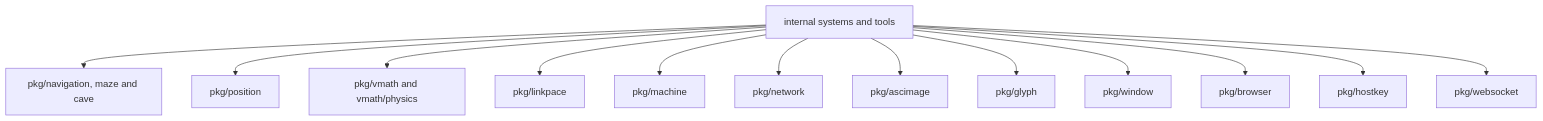
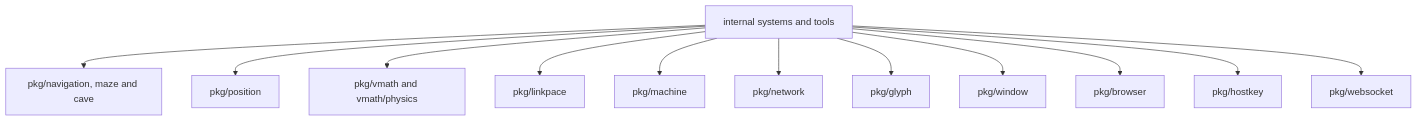
Before and after one commit to lixenwraith/vif: the fourth of 4 diagrams in doc/package-map.md, drawn with Mermaid. The commit also changed other lines of this file and 52 other files, not shown here.

First line of the commit message:
ascimage: the module github.com/lixenwraith/ascimage in pkg/ascimage, .aimg and .aimgz, a subcommand CLI and a browsing TUI (#1033)

````diff
--- a/doc/package-map.md
+++ b/doc/package-map.md
@@ -127,15 +127,14 @@
 ```mermaid
 flowchart TD
     Game["internal systems and tools"] --> Nav["pkg/navigation, maze and cave"]
     Game --> Position["pkg/position"]
     Game --> Physics["pkg/vmath and vmath/physics"]
     Game --> Link["pkg/linkpace"]
     Game --> Machine["pkg/machine"]
     Game --> Network["pkg/network"]
-    Game --> Image["pkg/ascimage"]
     Game --> Glyph["pkg/glyph"]
     Game --> Window["pkg/window"]
     Game --> Browser["pkg/browser"]
     Game --> HostKey["pkg/hostkey"]
     Game --> Socket["pkg/websocket"]
 ```
````
